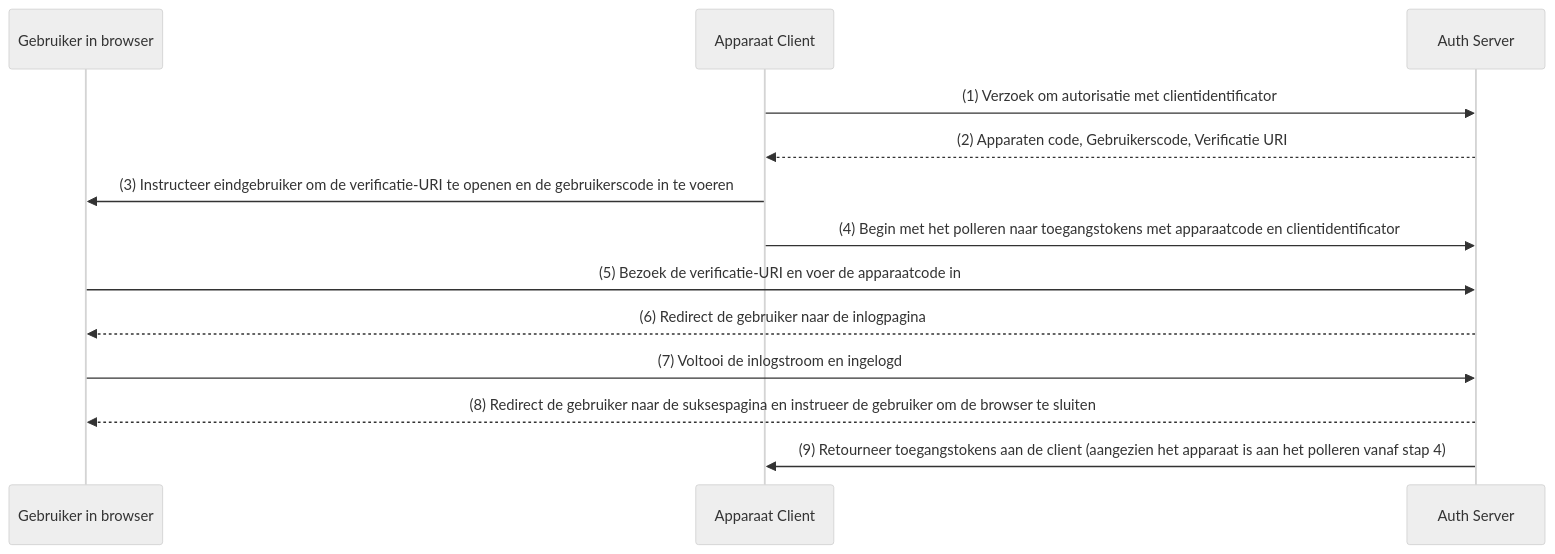
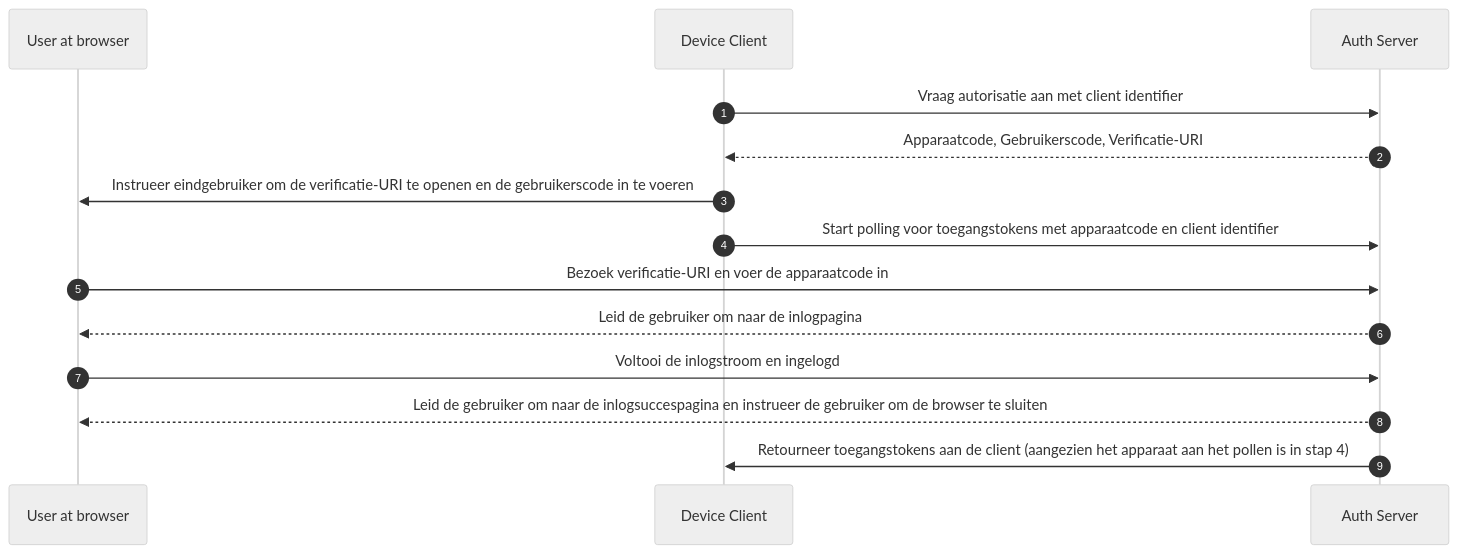
The diagram in src/content/terms/nl/device-flow.mdx (logto-io/auth-wiki), drawn with Mermaid (neutral theme) before and after one commit. The commit also changed other lines of this file and 98 other files, not shown here.

````diff
--- a/src/content/terms/nl/device-flow.mdx
+++ b/src/content/terms/nl/device-flow.mdx
@@ -88,16 +90,17 @@
 ```mermaid
 sequenceDiagram
-	participant Gebruiker in browser
-	participant Apparaat Client
+	autonumber
+	participant User at browser
+	participant Device Client
 	participant Auth Server
 
-	Apparaat Client ->> Auth Server: (1) Verzoek om autorisatie met clientidentificator
-	Auth Server -->> Apparaat Client: (2) Apparaten code, Gebruikerscode, Verificatie URI
-	Apparaat Client ->> Gebruiker in browser: (3) Instructeer eindgebruiker om de verificatie-URI te openen en de gebruikerscode in te voeren
-	Apparaat Client ->> Auth Server: (4) Begin met het polleren naar toegangstokens met apparaatcode en clientidentificator
-	Gebruiker in browser ->> Auth Server: (5) Bezoek de verificatie-URI en voer de apparaatcode in
-	Auth Server -->> Gebruiker in browser: (6) Redirect de gebruiker naar de inlogpagina
-	Gebruiker in browser ->> Auth Server: (7) Voltooi de inlogstroom en ingelogd
-	Auth Server -->> Gebruiker in browser: (8) Redirect de gebruiker naar de suksespagina en instrueer de gebruiker om de browser te sluiten
-	Auth Server ->> Apparaat Client: (9) Retourneer toegangstokens aan de client (aangezien het apparaat is aan het polleren vanaf stap 4)
+	Device Client ->> Auth Server: Vraag autorisatie aan met client identifier
+	Auth Server -->> Device Client: Apparaatcode, Gebruikerscode, Verificatie-URI
+	Device Client ->> User at browser: Instrueer eindgebruiker om de verificatie-URI te openen en de gebruikerscode in te voeren
+	Device Client ->> Auth Server: Start polling voor toegangstokens met apparaatcode en client identifier
+	User at browser ->> Auth Server: Bezoek verificatie-URI en voer de apparaatcode in
+	Auth Server -->> User at browser: Leid de gebruiker om naar de inlogpagina
+	User at browser ->> Auth Server: Voltooi de inlogstroom en ingelogd
+	Auth Server -->> User at browser: Leid de gebruiker om naar de inlogsuccespagina en instrueer de gebruiker om de browser te sluiten
+	Auth Server ->> Device Client: Retourneer toegangstokens aan de client (aangezien het apparaat aan het pollen is in stap 4)
 ```
````
